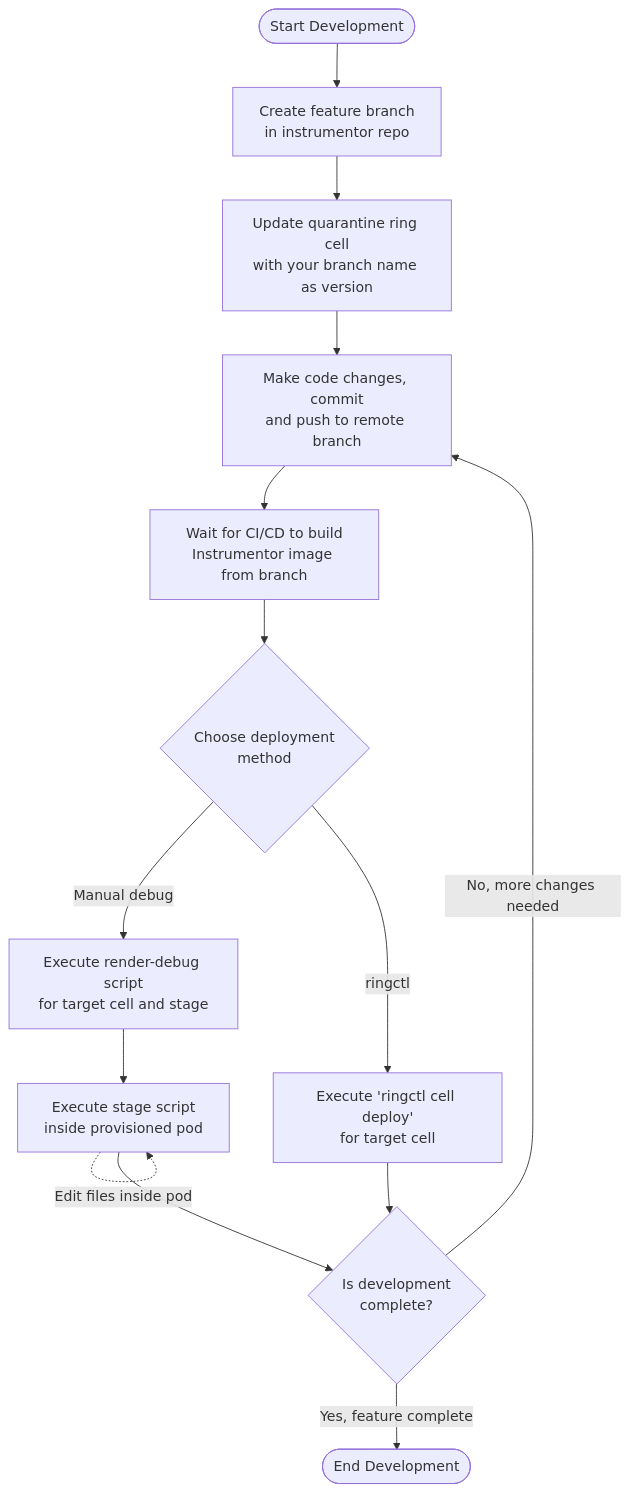
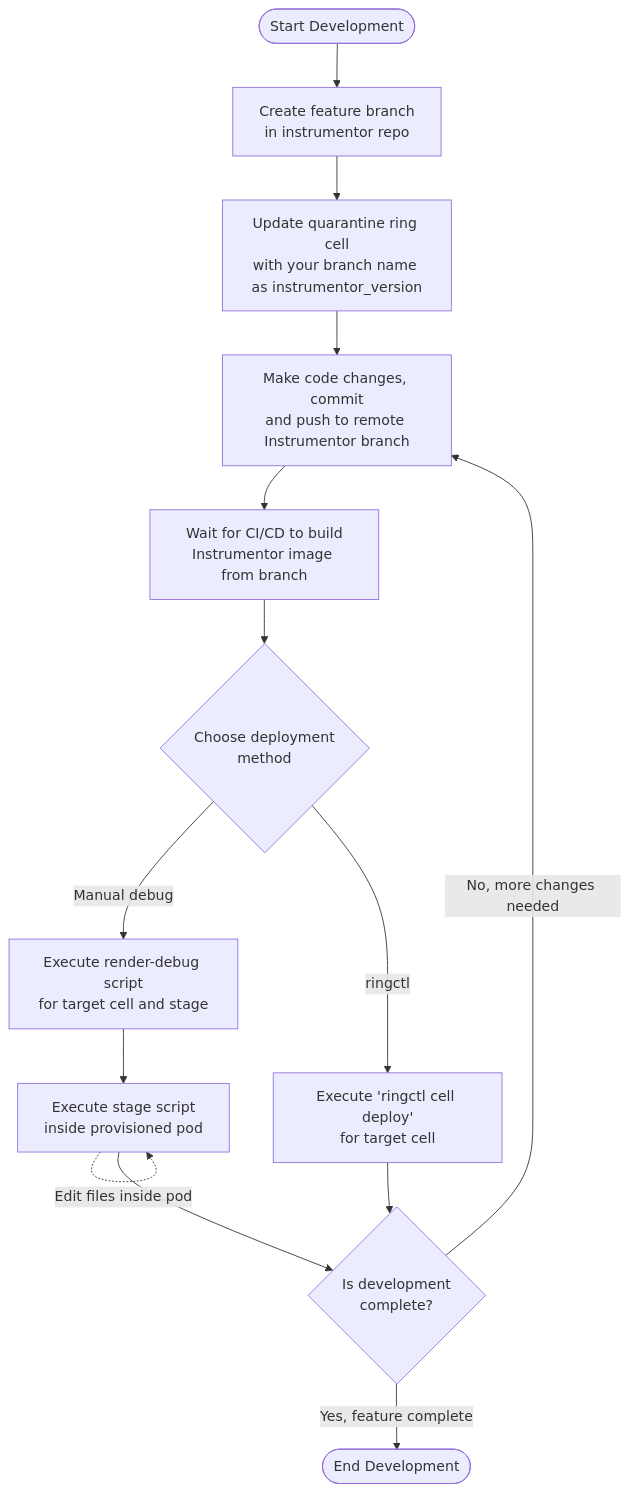
One commit to mattrussi/gitlab-com-runbooks changed the second of 2 diagrams in docs/cells/infra-development.md. Above: the diagram before and after it, drawn with Mermaid. The commit also changed other lines of this file, not shown here.

````diff
--- a/docs/cells/infra-development.md
+++ b/docs/cells/infra-development.md
@@ -53,27 +60,27 @@
 ```mermaid
 flowchart TD
     Start([Start Development]) --> CreateBranch[Create feature branch\nin instrumentor repo]
-    CreateBranch --> UpdateCell[Update quarantine ring cell\nwith your branch name as version]
-    UpdateCell --> MakeChanges[Make code changes, commit\nand push to remote branch]
+    CreateBranch --> UpdateCell[Update quarantine ring cell\nwith your branch name as instrumentor_version]
+    UpdateCell --> MakeChanges[Make code changes, commit\nand push to remote Instrumentor branch]
     MakeChanges --> WaitBuild[Wait for CI/CD to build\nInstrumentor image from branch]
 
     %% Decision point for deployment method
     WaitBuild --> DeployMethod{Choose deployment\nmethod}
 
     %% Render-debug path
     DeployMethod -->|Manual debug| RenderDebug[Execute render-debug script\nfor target cell and stage]
     RenderDebug --> RunStage[Execute stage script\ninside provisioned pod]
 
     %% Pod edit cycle as a self-loop
     RunStage --> DevComplete
     RunStage -.-> |Edit files inside pod| RunStage
 
     %% Alternative path using ringctl
     DeployMethod -->|ringctl| RingctlDeploy[Execute 'ringctl cell deploy'\nfor target cell]
 
     %% Both paths converge at development completion check
     RingctlDeploy --> DevComplete{Is development\ncomplete?}
 
     DevComplete -->|No, more changes needed| MakeChanges
     DevComplete -->|Yes, feature complete| End([End Development])
 ```
````
